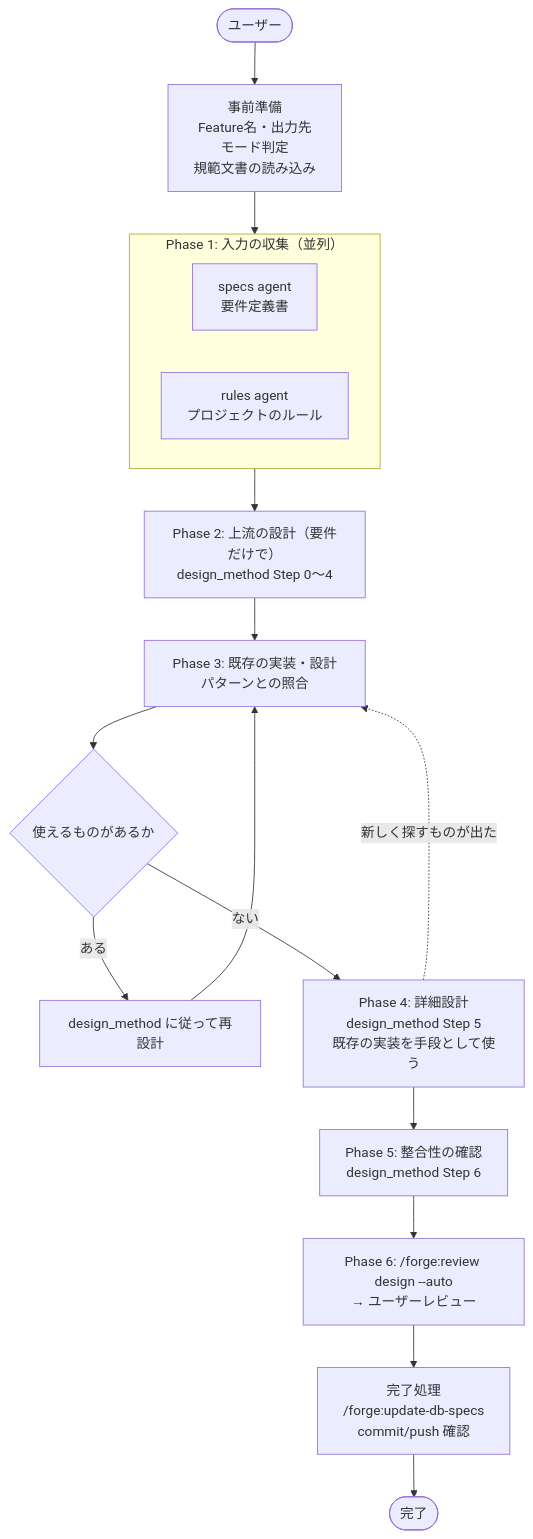
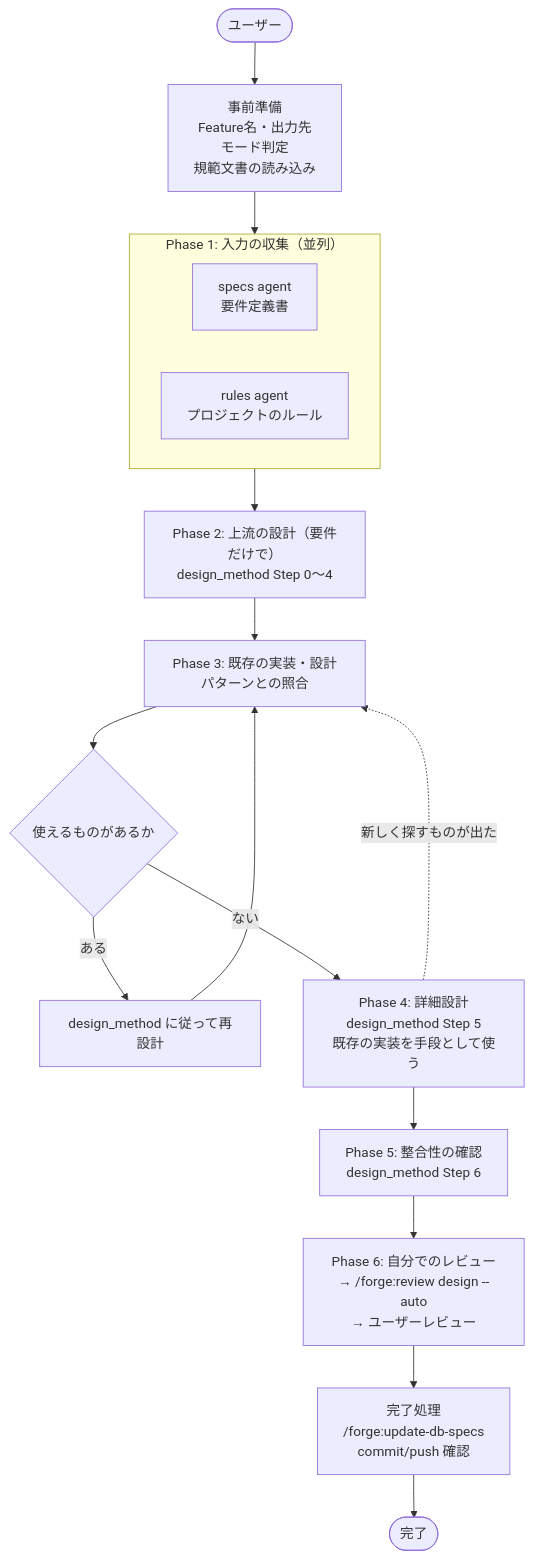
The diagram in docs/specs/forge/design/DES-018_create_design_workflow_design.md (BlueEventHorizon/bw-cc-plugins), drawn with Mermaid before and after one commit. The commit also changed other lines of this file and 30 other files, not shown here.

First line of the commit message:
refactor(forge): start-design に自己レビュー工程を加え、要件に無い必要は判定せずユーザーへ報告する形にし、AI 評価ケースを削除する

````diff
--- a/docs/specs/forge/design/DES-018_create_design_workflow_design.md
+++ b/docs/specs/forge/design/DES-018_create_design_workflow_design.md
@@ -14,29 +14,29 @@
 ```mermaid
 flowchart TD
     User([ユーザー]) --> PREREQ
 
     PREREQ["事前準備<br>Feature名・出力先<br>モード判定<br>規範文書の読み込み"] --> COLLECT
 
     subgraph COLLECT["Phase 1: 入力の収集（並列）"]
         A1["specs agent<br>要件定義書"]
         A2["rules agent<br>プロジェクトのルール"]
     end
 
     COLLECT --> DESIGN
 
     DESIGN["Phase 2: 上流の設計（要件だけで）<br>design_method Step 0〜4"] --> MATCH
 
     MATCH["Phase 3: 既存の実装・設計パターンとの照合"] --> FOUND{使えるものがあるか}
     FOUND -->|"ある"| REDESIGN["design_method に従って再設計"]
     REDESIGN --> MATCH
     FOUND -->|"ない"| DETAIL
 
     DETAIL["Phase 4: 詳細設計<br>design_method Step 5<br>既存の実装を手段として使う"] --> CHECK
     DETAIL -.->|"新しく探すものが出た"| MATCH
 
     CHECK["Phase 5: 整合性の確認<br>design_method Step 6"] --> REVIEW
 
-    REVIEW["Phase 6: /forge:review design --auto<br>→ ユーザーレビュー"] --> FINISH
+    REVIEW["Phase 6: 自分でのレビュー<br>→ /forge:review design --auto<br>→ ユーザーレビュー"] --> FINISH
 
     FINISH["完了処理<br>/forge:update-db-specs<br>commit/push 確認"] --> Done([完了])
 ```
````
